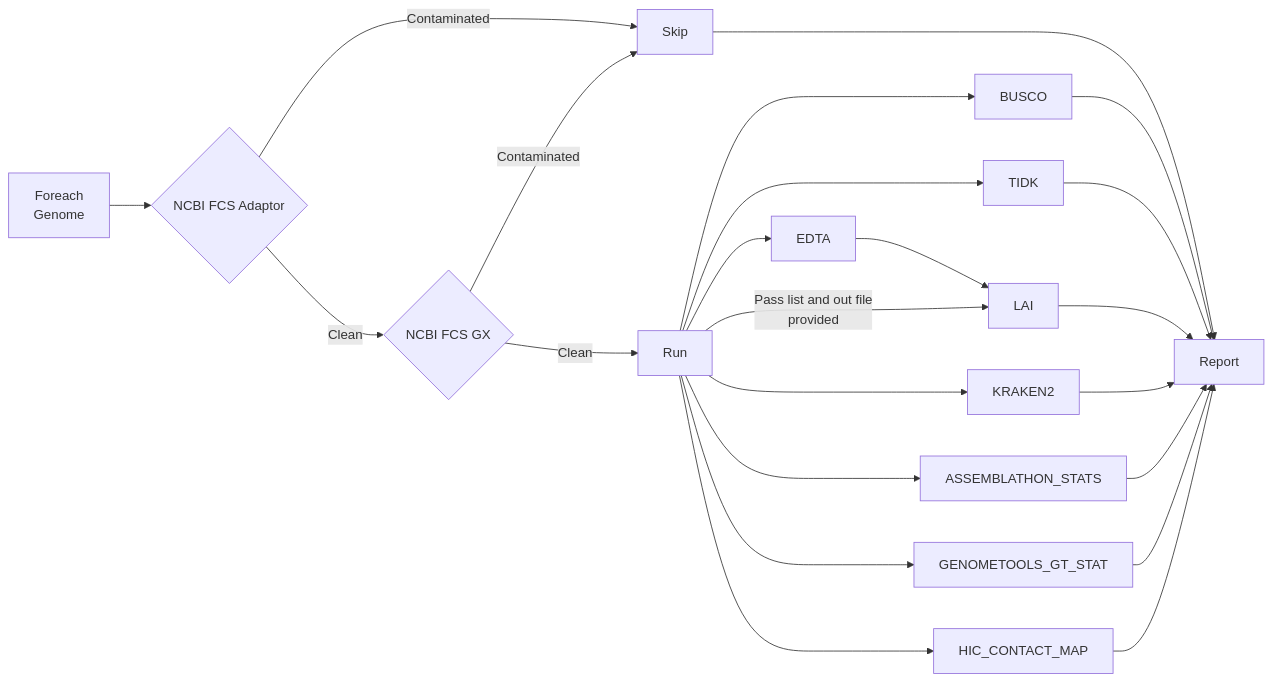
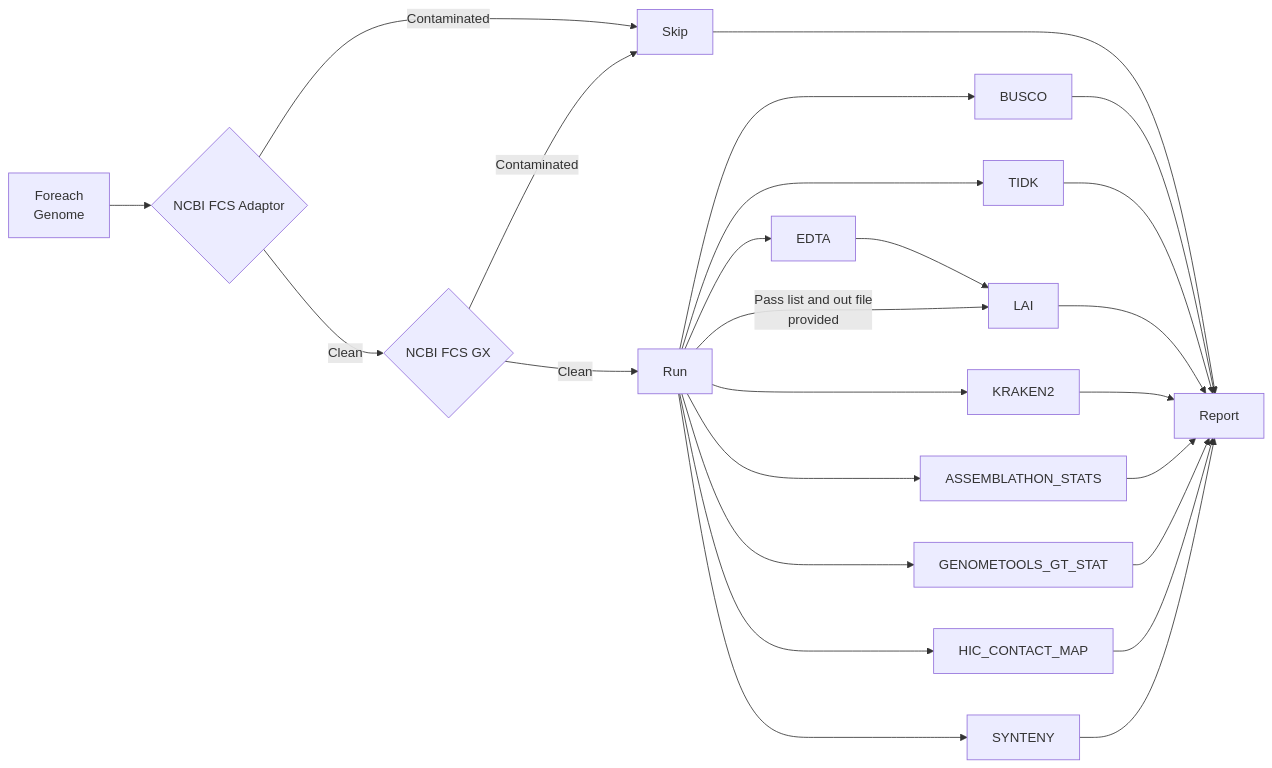
The diagram in README.md (Plant-Food-Research-Open/assemblyqc), drawn with Mermaid before and after one commit. The commit also changed other lines of this file and 4 other files, not shown here.

````diff
--- a/README.md
+++ b/README.md
@@ -27,30 +27,32 @@
 ```mermaid
 flowchart LR
   forEachHap[Foreach\nGenome] --> ncbiFCS{NCBI FCS Adaptor}
   ncbiFCS --> |Contaminated|Skip[Skip]
   ncbiFCS --> |Clean|ncbiGX{NCBI FCS GX}
 
   ncbiGX --> |Contaminated|Skip[Skip]
   ncbiGX --> |Clean|Run
 
   Skip --> Report
   
   Run --> BUSCO
   Run --> TIDK
   Run --> EDTA
   EDTA --> LAI
   Run --> |Pass list and out file\nprovided|LAI
   Run --> KRAKEN2
   Run --> ASS_STATS[ASSEMBLATHON_STATS]
   Run --> GFF_STATS[GENOMETOOLS_GT_STAT]
   Run --> HIC_CONTACT_MAP
+  Run --> SYNTENY
 
 
   BUSCO --> Report
   TIDK --> Report
   LAI --> Report
   KRAKEN2 --> Report
   ASS_STATS --> Report
   GFF_STATS --> Report
   HIC_CONTACT_MAP --> Report
+  SYNTENY --> Report
 ```
````
